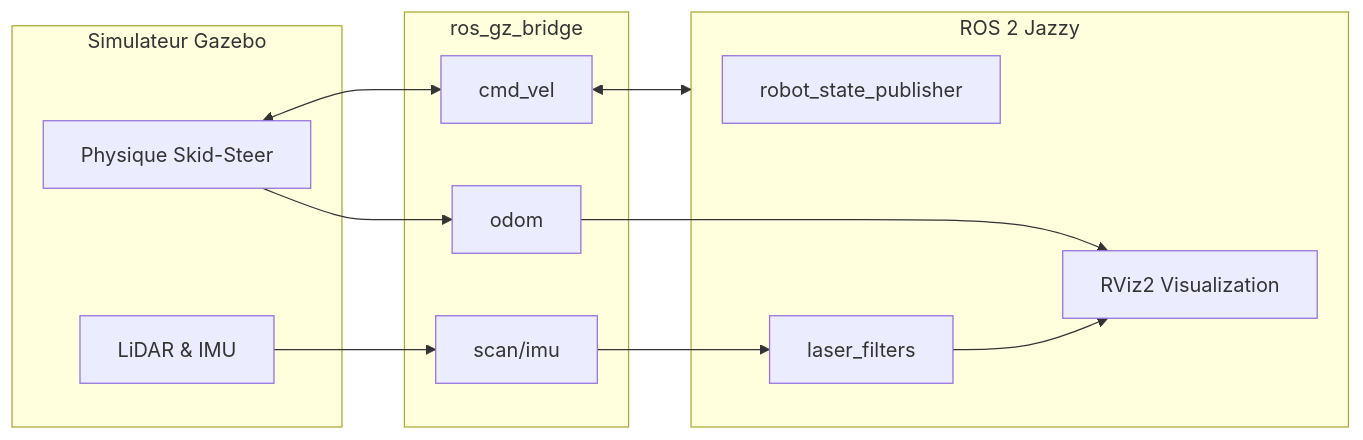
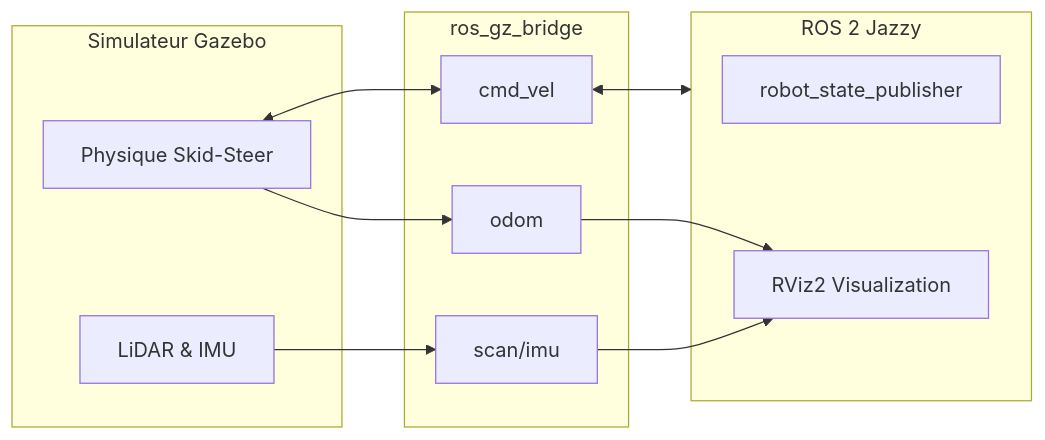
One commit to razafiarisonialy/Mobile-autonome-Robot-UDM-MIAR changed the diagram in documentation.md. Above: the diagram before and after it, drawn with Mermaid. The commit also changed other lines of this file and 12 other files, not shown here.

````diff
--- a/documentation.md
+++ b/documentation.md
@@ -31,23 +31,22 @@
 ```mermaid
 graph LR
     subgraph Gazebo_Harmonic [Simulateur Gazebo]
         GZ_Phys[Physique Skid-Steer]
         GZ_Sens[LiDAR & IMU]
     end
 
     subgraph Bridge [ros_gz_bridge]
         B_Vel[cmd_vel]
         B_Odom[odom]
         B_Sens[scan/imu]
     end
 
     subgraph ROS2 [ROS 2 Jazzy]
         R_RSP[robot_state_publisher]
-        R_Filter[laser_filters]
         R_RViz[RViz2 Visualization]
     end
 
     GZ_Phys <--> B_Vel <--> ROS2
-    GZ_Sens --> B_Sens --> R_Filter --> R_RViz
+    GZ_Sens --> B_Sens --> R_RViz
     GZ_Phys --> B_Odom --> R_RViz
 ```
````
